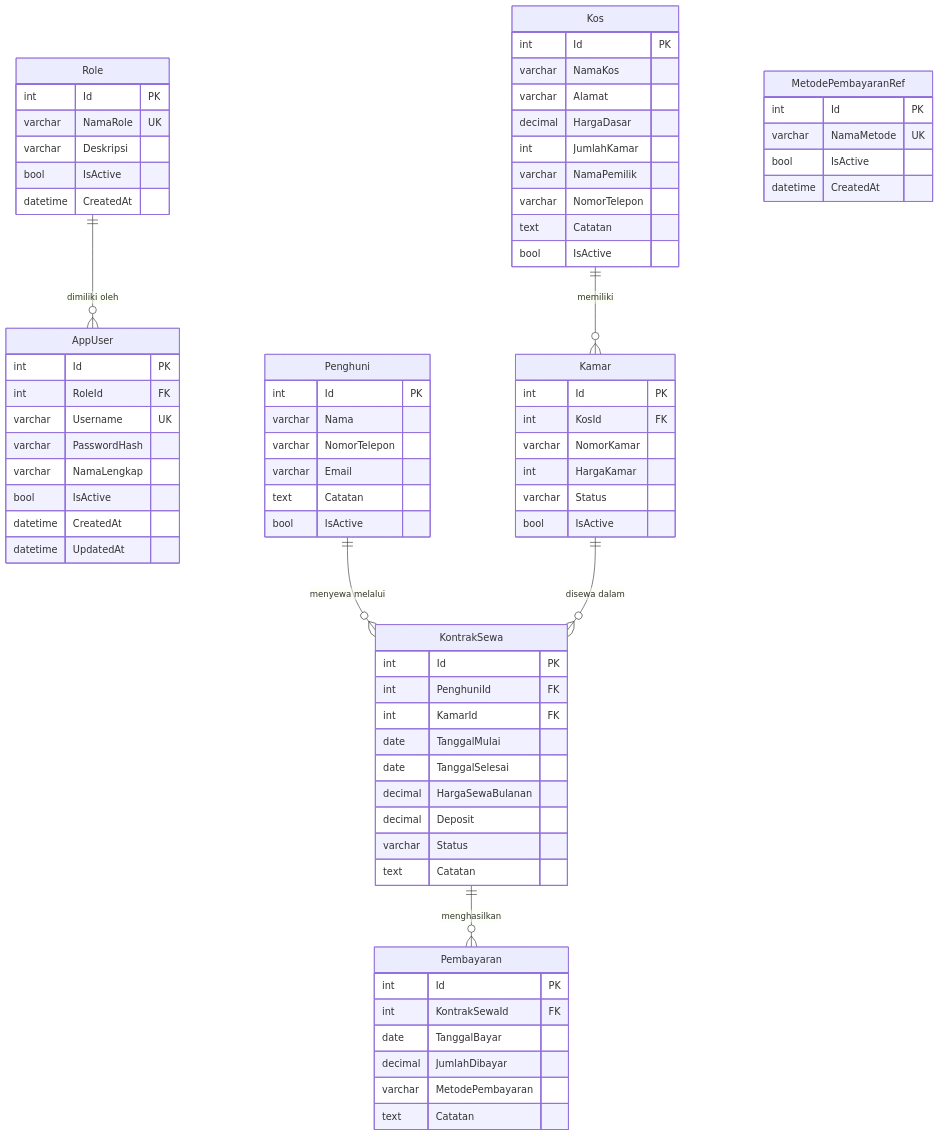
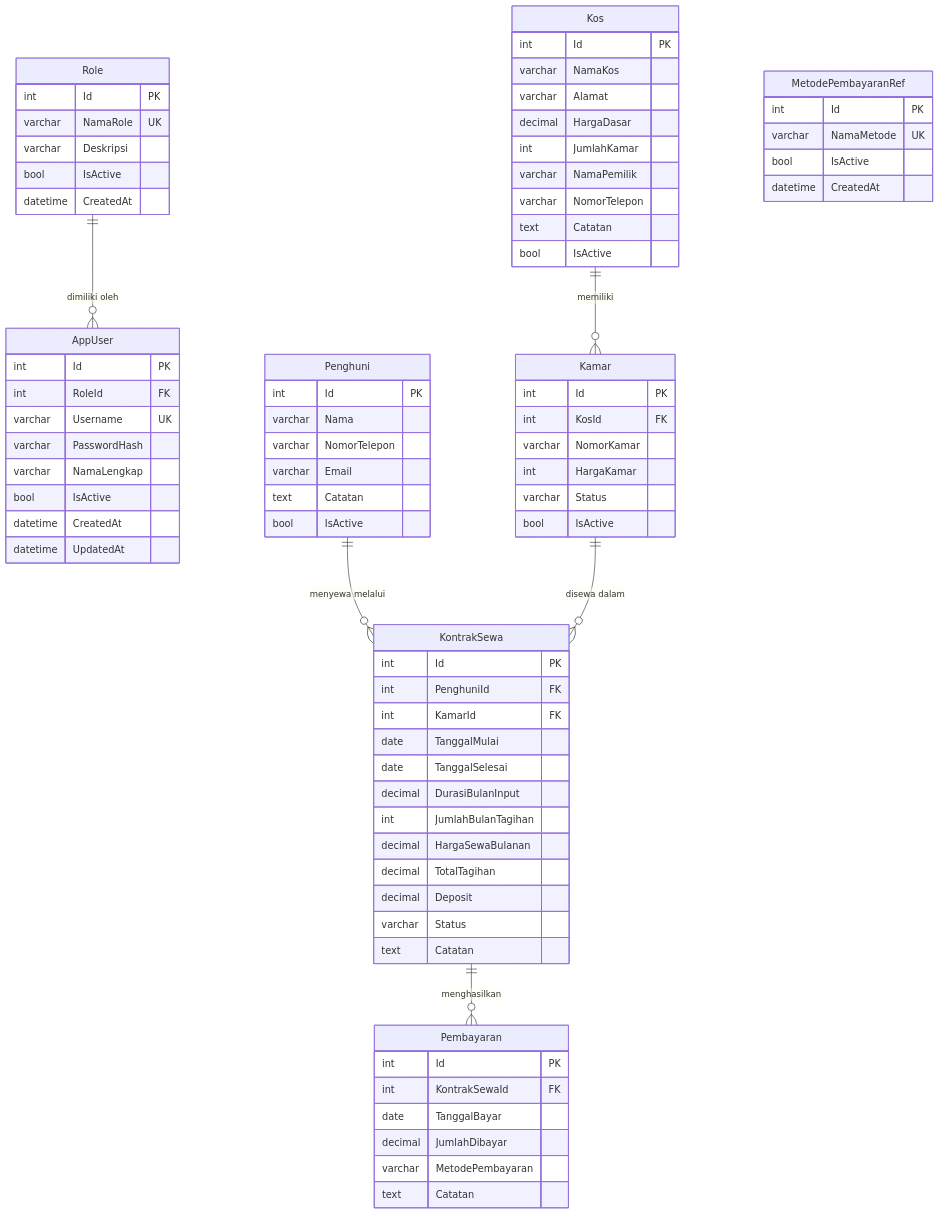
One commit to kpl-rpl/management-kos changed the first of 2 diagrams in DIAGRAM.md. Above: the diagram before and after it, drawn with Mermaid. The commit also changed other lines of this file and 2 other files, not shown here.

```diff
--- a/DIAGRAM.md
+++ b/DIAGRAM.md
@@ -59,7 +59,10 @@
         int KamarId FK
         date TanggalMulai
         date TanggalSelesai
+        decimal DurasiBulanInput
+        int JumlahBulanTagihan
         decimal HargaSewaBulanan
+        decimal TotalTagihan
         decimal Deposit
         varchar Status
         text Catatan
```
